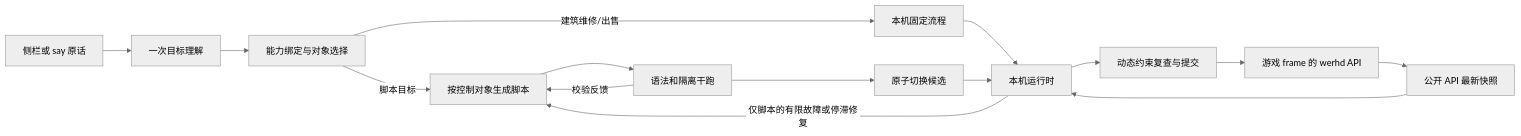
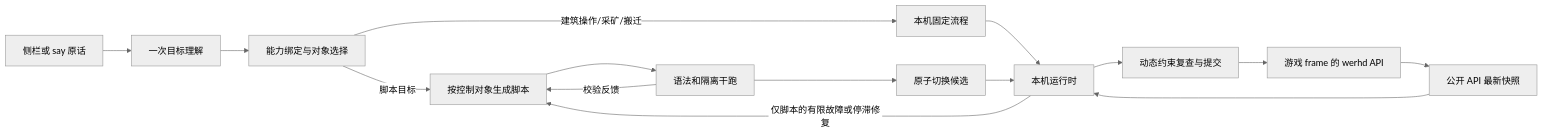
One commit to nanwangjkl/ra2commander changed the diagram in doc/architecture/overview.md. Above: the diagram before and after it, drawn with Mermaid (neutral theme). The commit also changed other lines of this file and 26 other files, not shown here.

````diff
--- a/doc/architecture/overview.md
+++ b/doc/architecture/overview.md
@@ -19,17 +19,17 @@
 ```mermaid
 flowchart LR
     A[侧栏或 say 原话] --> B[一次目标理解]
     B --> C[能力绑定与对象选择]
     C -->|脚本目标| D[按控制对象生成脚本]
-    C -->|建筑维修/出售| N[本机固定流程]
+    C -->|建筑操作/采矿/搬迁| N[本机固定流程]
     N --> G
     D --> E[语法和隔离干跑]
     E --> F[原子切换候选]
     F --> G[本机运行时]
     H[公开 API 最新快照] --> G
     G --> I[动态约束复查与提交]
     I --> J[游戏 frame 的 werhd API]
     J --> H
     E -->|校验反馈| D
     G -->|仅脚本的有限故障或停滞修复| D
 ```
````
